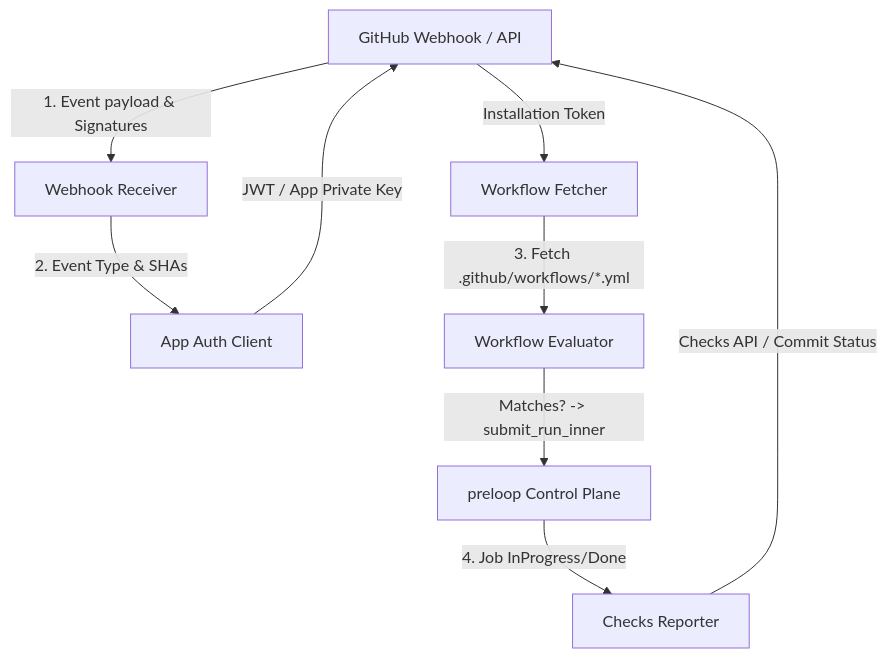
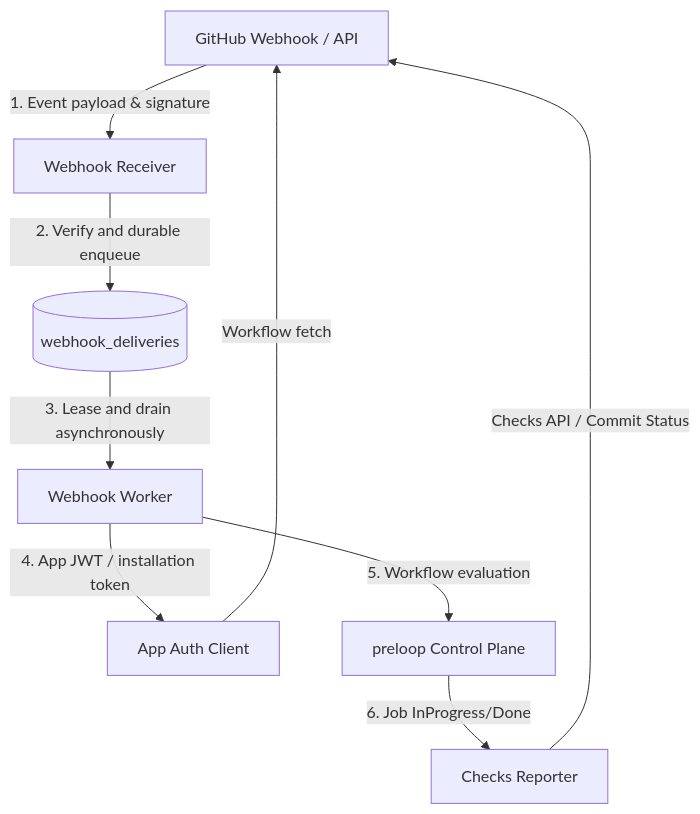
The diagram in docs/github-app-webhook.md (preloopdev/preloop), drawn with Mermaid before and after one commit. The commit also changed other lines of this file and 2 other files, not shown here.

Commit message:
docs: describe webhook queue and binding recovery

````diff
--- a/docs/github-app-webhook.md
+++ b/docs/github-app-webhook.md
@@ -63,11 +64,11 @@
 ```mermaid
 graph TD
-    GH[GitHub Webhook / API] -->|1. Event payload & Signatures| Wh[Webhook Receiver]
-    Wh -->|2. Event Type & SHAs| Auth[App Auth Client]
-    Auth -->|JWT / App Private Key| GH
-    GH -->|Installation Token| Fetch[Workflow Fetcher]
-    Fetch -->|3. Fetch .github/workflows/*.yml| AST[Workflow Evaluator]
-    AST -->|Matches? -> submit_run_inner| Core[preloop Control Plane]
-    Core -->|4. Job InProgress/Done| Report[Checks Reporter]
+    GH[GitHub Webhook / API] -->|1. Event payload & signature| Wh[Webhook Receiver]
+    Wh -->|2. Verify and durable enqueue| Queue[(webhook_deliveries)]
+    Queue -->|3. Lease and drain asynchronously| Worker[Webhook Worker]
+    Worker -->|4. App JWT / installation token| Auth[App Auth Client]
+    Auth -->|Workflow fetch| GH
+    Worker -->|5. Workflow evaluation| Core[preloop Control Plane]
+    Core -->|6. Job InProgress/Done| Report[Checks Reporter]
     Report -->|Checks API / Commit Status| GH
 ```
````
